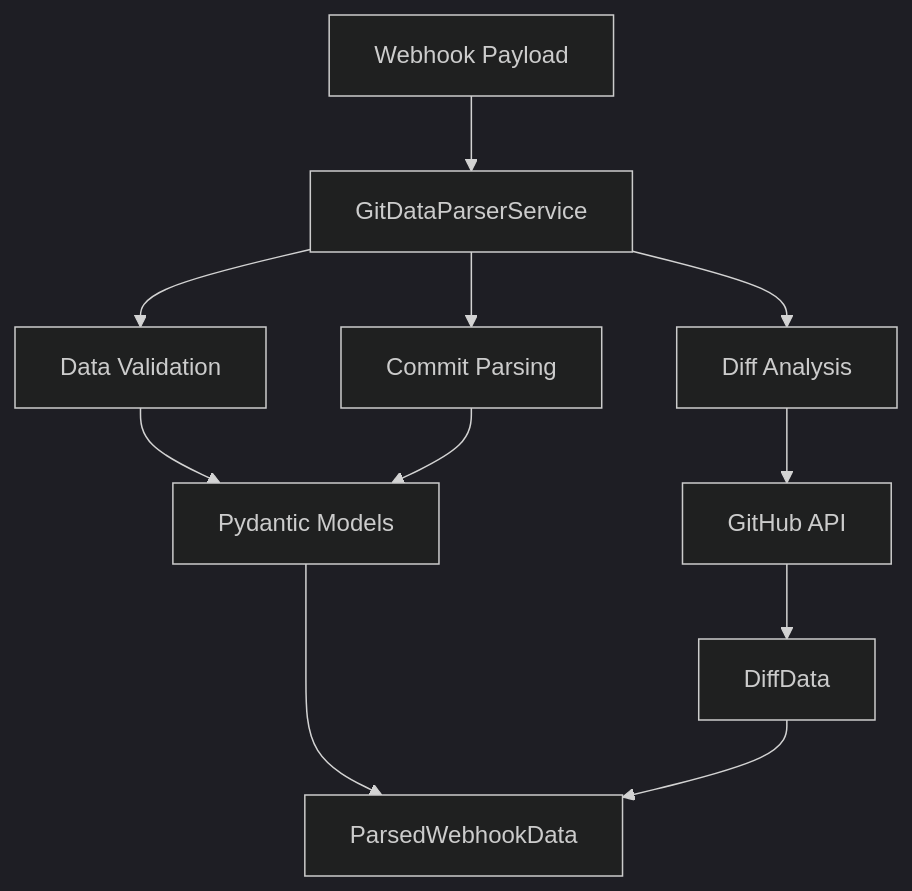
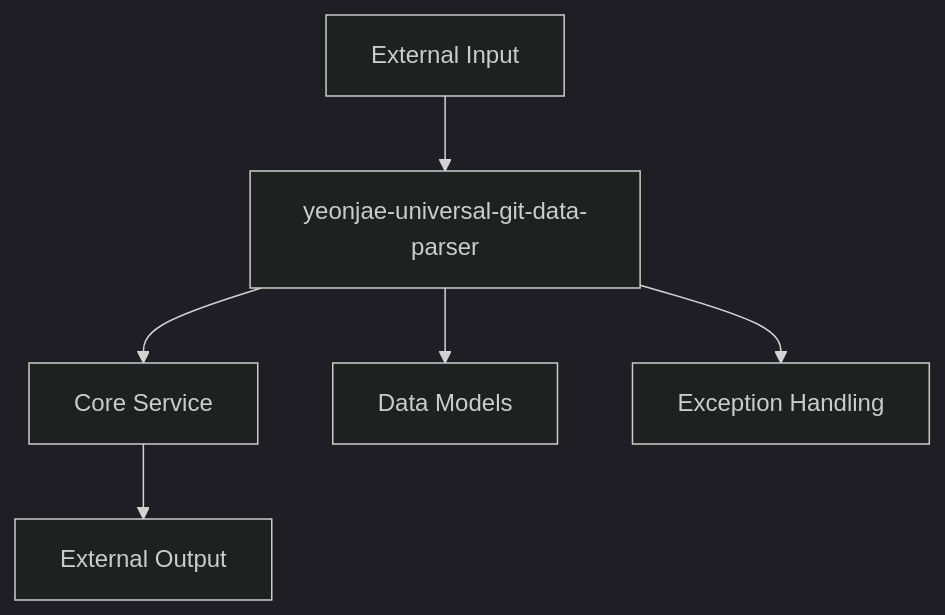
The first of 4 diagrams in packages/yeonjae-universal-git-data-parser/docs/technical-specification.md (yeonjae-work/universal-modules), drawn with Mermaid (dark theme) before and after one commit. The commit also changed other lines of this file and 11 other files, not shown here.

````diff
--- a/packages/yeonjae-universal-git-data-parser/docs/technical-specification.md
+++ b/packages/yeonjae-universal-git-data-parser/docs/technical-specification.md
@@ -25,13 +23,8 @@
 ```mermaid
 graph TB
-    A[Webhook Payload] --> B[GitDataParserService]
-    B --> C[Data Validation]
-    B --> D[Commit Parsing]
-    B --> E[Diff Analysis]
-    C --> F[Pydantic Models]
-    D --> F
-    E --> G[GitHub API]
-    G --> H[DiffData]
-    F --> I[ParsedWebhookData]
-    H --> I
+    A[External Input] --> B[yeonjae-universal-git-data-parser]
+    B --> C[Core Service]
+    B --> D[Data Models]
+    B --> E[Exception Handling]
+    C --> F[External Output]
 ```
````
